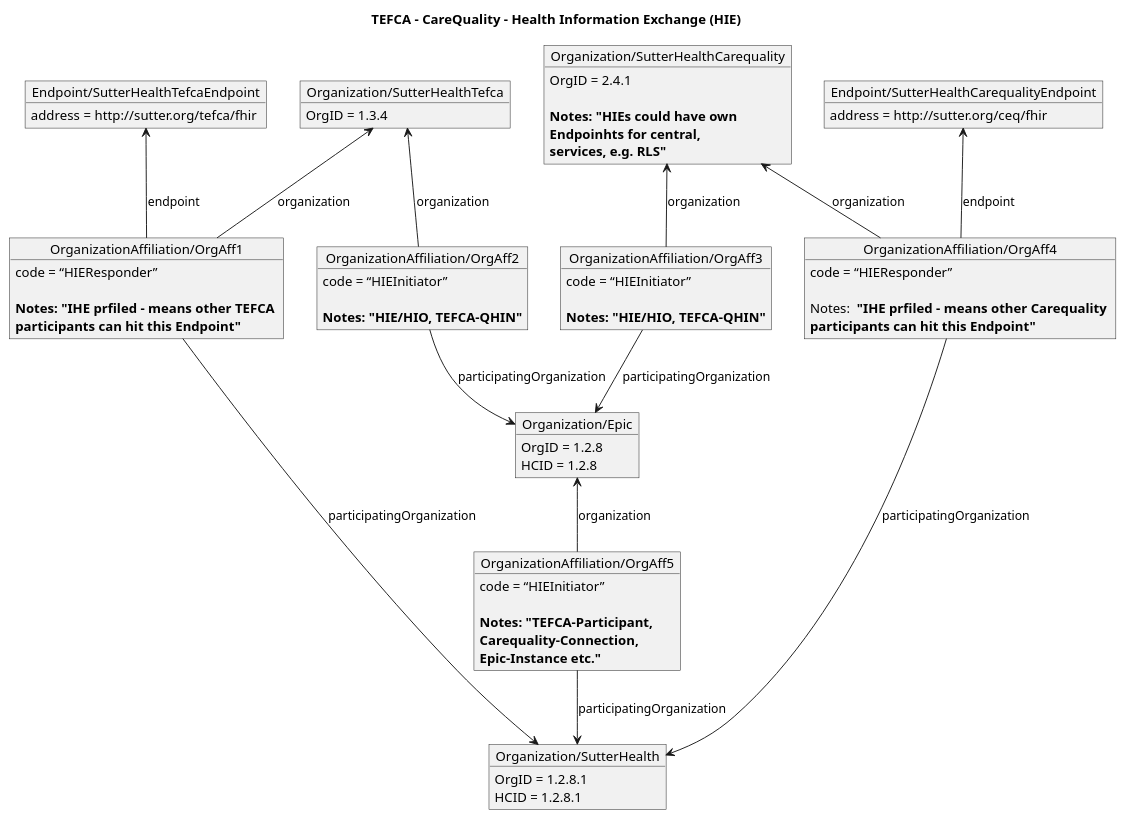
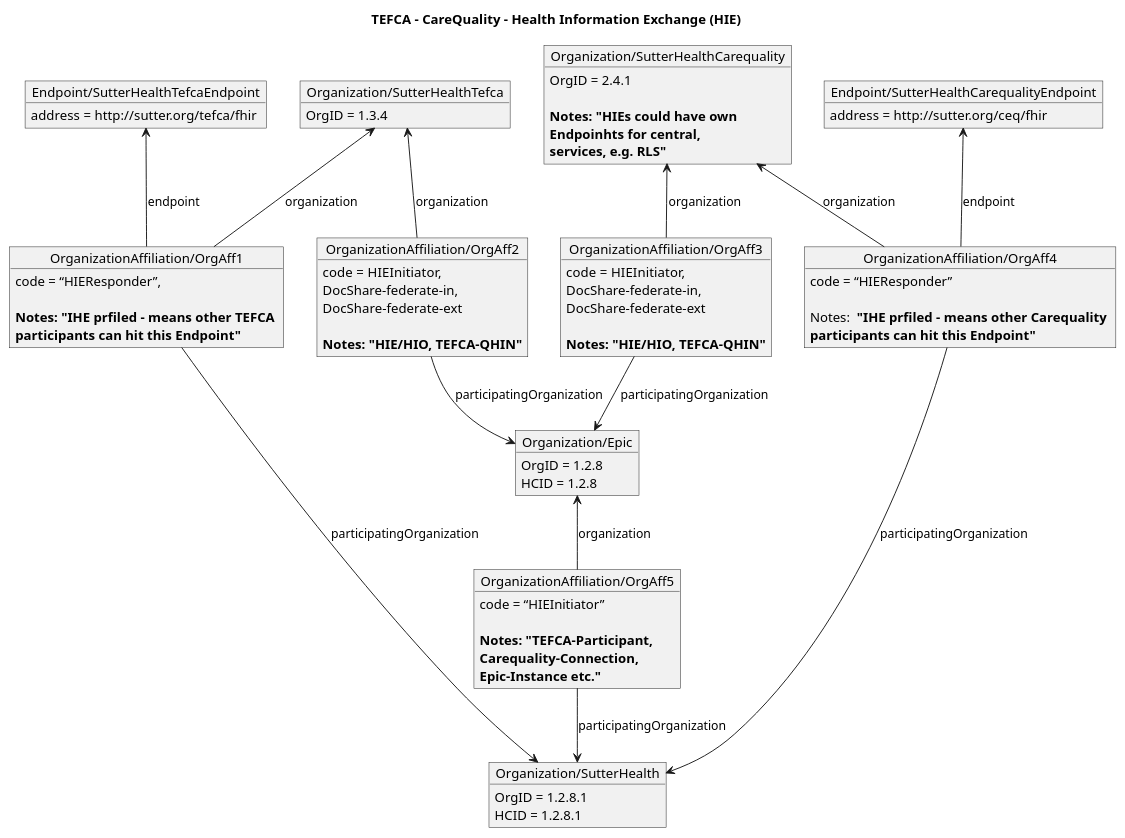
Before and after one commit to HL7/fhir-us-ndh: the diagram in input/images-source/OrganizationAffiliationIHE4.plantuml, drawn with PlantUML. The commit also changed 2 other files, not shown here.

```diff
--- a/input/images-source/OrganizationAffiliationIHE4.plantuml
+++ b/input/images-source/OrganizationAffiliationIHE4.plantuml
@@ -1,59 +1,59 @@
 @startuml 
 
 title "TEFCA - CareQuality - Health Information Exchange (HIE)"
 object "Organization/SutterHealthTefca" as tefca
 tefca : OrgID = 1.3.4
 
 object "Endpoint/SutterHealthTefcaEndpoint" as tefcaEp
 tefcaEp : address = http://sutter.org/tefca/fhir
 
 object "Organization/SutterHealthCarequality" as carequality
 carequality : OrgID = 2.4.1\n
 carequality : <b>Notes: "HIEs could have own \n<b>Endpoinhts for central, \n<b>services, e.g. RLS"
 
 object "Endpoint/SutterHealthCarequalityEndpoint" as carequalityEp
 carequalityEp : address = http://sutter.org/ceq/fhir
 
 object "Organization/SutterHealth" as sutter
 sutter : OrgID = 1.2.8.1
 sutter : HCID = 1.2.8.1
 
 object "OrganizationAffiliation/OrgAff1" as OrgAff1
-OrgAff1 : code = “HIEResponder” \n
+OrgAff1 : code = “HIEResponder”, \n
 OrgAff1 : <b>Notes: "IHE prfiled - means other TEFCA \n<b>participants can hit this Endpoint"
 OrgAff1 -down-> sutter : participatingOrganization
 OrgAff1 -up-> tefca : organization
 OrgAff1 -up-> tefcaEp : endpoint
 
 object "OrganizationAffiliation/OrgAff2" as OrgAff2
-OrgAff2 : code = “HIEInitiator”\n
+OrgAff2 : code = HIEInitiator, \nDocShare-federate-in, \nDocShare-federate-ext\n
 OrgAff2 : <b>Notes: "HIE/HIO, TEFCA-QHIN"</b>
 OrgAff2 -up-> tefca : organization
 
 
 object "Organization/Epic" as epic 
 epic : OrgID = 1.2.8
 epic : HCID = 1.2.8
 OrgAff2 -down-> epic : participatingOrganization
 
 object "OrganizationAffiliation/OrgAff3" as OrgAff3
-OrgAff3 : code = “HIEInitiator”\n
+OrgAff3 : code = HIEInitiator,\nDocShare-federate-in, \nDocShare-federate-ext \n
 OrgAff3 : <b>Notes: "HIE/HIO, TEFCA-QHIN"</b>
 OrgAff3 -down-> epic : participatingOrganization
 OrgAff3 -up-> carequality : organization
 
 object "OrganizationAffiliation/OrgAff4" as OrgAff4
 OrgAff4 : code = “HIEResponder”\n
 OrgAff4 : Notes: <b> "IHE prfiled - means other Carequality \n<b>participants can hit this Endpoint"
 OrgAff4 -down-> sutter : participatingOrganization
 OrgAff4 -up-> carequality : organization
 OrgAff4 -up-> carequalityEp : endpoint
 
 object "OrganizationAffiliation/OrgAff5" as OrgAff5
 OrgAff5 : code = “HIEInitiator”\n
 OrgAff5 : <b>Notes: "TEFCA-Participant, \n<b>Carequality-Connection, \n<b>Epic-Instance etc."
 OrgAff5 -up-> epic : organization
 OrgAff5 -down-> sutter : participatingOrganization
 
 
 @enduml
```
